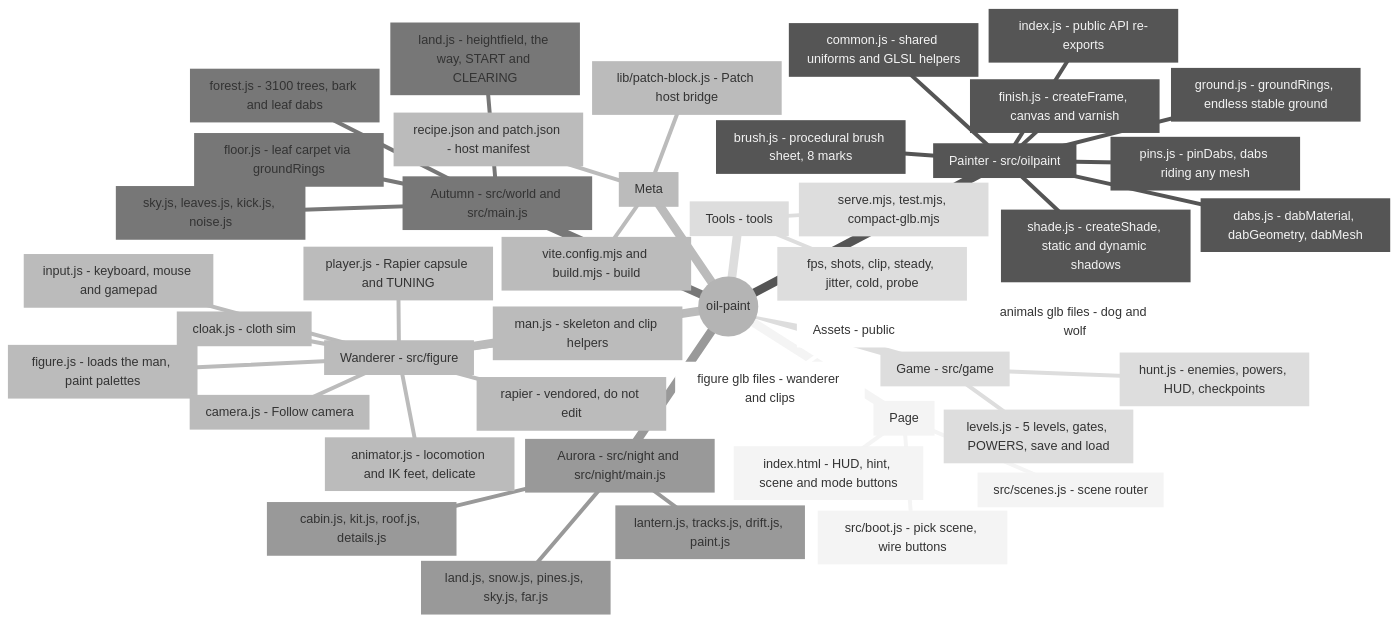
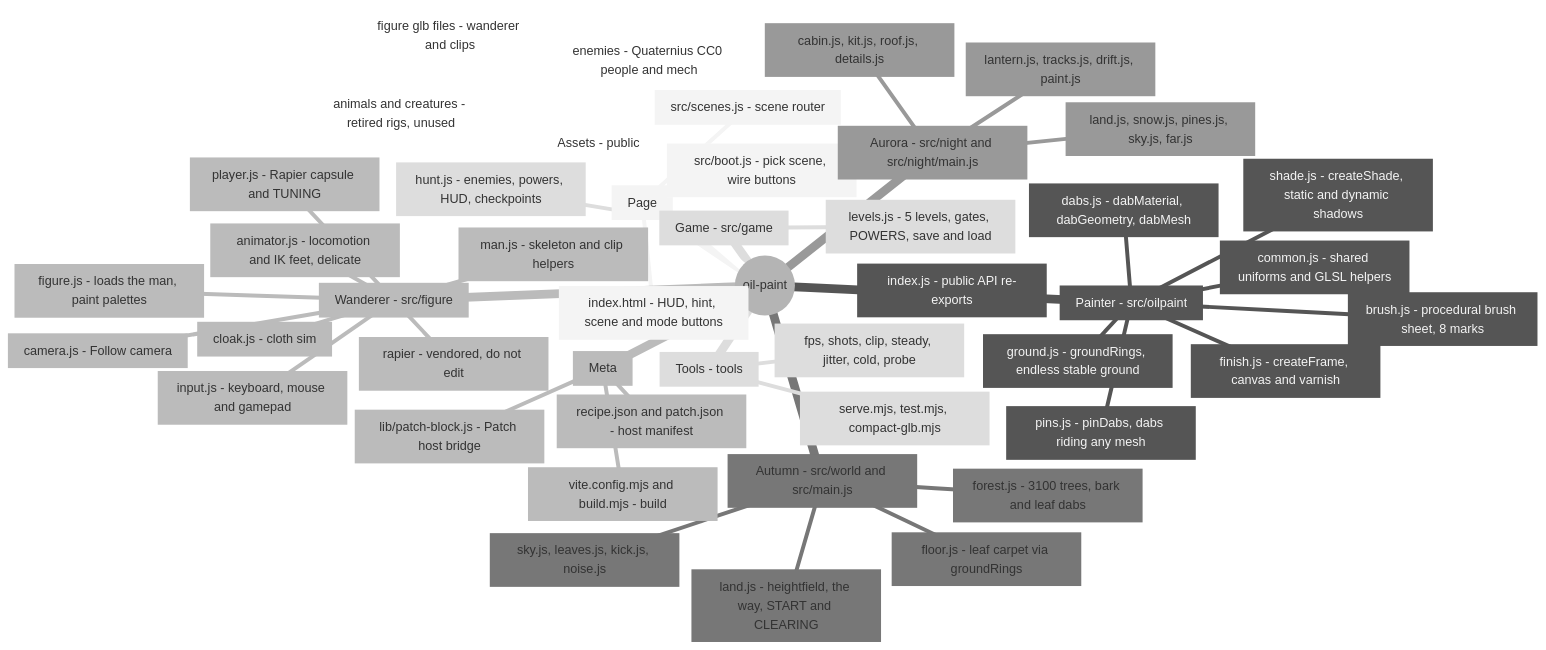
Before and after one commit to zaki-vemp/oil-paint: the second of 2 diagrams in AGENTS.md, drawn with Mermaid (neutral theme). The commit also changed other lines of this file and 52 other files, not shown here.

````diff
--- a/AGENTS.md
+++ b/AGENTS.md
@@ -72,48 +73,49 @@
 ```mermaid
 mindmap
   root((oil-paint))
     page["Page"]
       page_html["index.html - HUD, hint, scene and mode buttons"]
       page_boot["src/boot.js - pick scene, wire buttons"]
       page_scenes["src/scenes.js - scene router"]
     painter["Painter - src/oilpaint"]
       painter_common["common.js - shared uniforms and GLSL helpers"]
       painter_brush["brush.js - procedural brush sheet, 8 marks"]
       painter_dabs["dabs.js - dabMaterial, dabGeometry, dabMesh"]
       painter_ground["ground.js - groundRings, endless stable ground"]
       painter_pins["pins.js - pinDabs, dabs riding any mesh"]
       painter_shade["shade.js - createShade, static and dynamic shadows"]
       painter_finish["finish.js - createFrame, canvas and varnish"]
       painter_index["index.js - public API re-exports"]
     wanderer["Wanderer - src/figure"]
       wanderer_figure["figure.js - loads the man, paint palettes"]
       wanderer_man["man.js - skeleton and clip helpers"]
       wanderer_anim["animator.js - locomotion and IK feet, delicate"]
       wanderer_player["player.js - Rapier capsule and TUNING"]
       wanderer_input["input.js - keyboard, mouse and gamepad"]
       wanderer_camera["camera.js - Follow camera"]
       wanderer_cloak["cloak.js - cloth sim"]
       wanderer_rapier["rapier - vendored, do not edit"]
     autumn["Autumn - src/world and src/main.js"]
       autumn_land["land.js - heightfield, the way, START and CLEARING"]
       autumn_forest["forest.js - 3100 trees, bark and leaf dabs"]
       autumn_floor["floor.js - leaf carpet via groundRings"]
       autumn_sky["sky.js, leaves.js, kick.js, noise.js"]
     aurora["Aurora - src/night and src/night/main.js"]
       aurora_land["land.js, snow.js, pines.js, sky.js, far.js"]
       aurora_cabin["cabin.js, kit.js, roof.js, details.js"]
       aurora_misc["lantern.js, tracks.js, drift.js, paint.js"]
     game["Game - src/game"]
       game_levels["levels.js - 5 levels, gates, POWERS, save and load"]
       game_hunt["hunt.js - enemies, powers, HUD, checkpoints"]
     assets["Assets - public"]
       assets_figure["figure glb files - wanderer and clips"]
-      assets_animals["animals glb files - dog and wolf"]
+      assets_animals["animals and creatures - retired rigs, unused"]
+      assets_enemies["enemies - Quaternius CC0 people and mech"]
     tools["Tools - tools"]
       tools_measure["fps, shots, clip, steady, jitter, cold, probe"]
       tools_serve["serve.mjs, test.mjs, compact-glb.mjs"]
     meta["Meta"]
       meta_patch["lib/patch-block.js - Patch host bridge"]
       meta_recipe["recipe.json and patch.json - host manifest"]
       meta_build["vite.config.mjs and build.mjs - build"]
 ```
````
